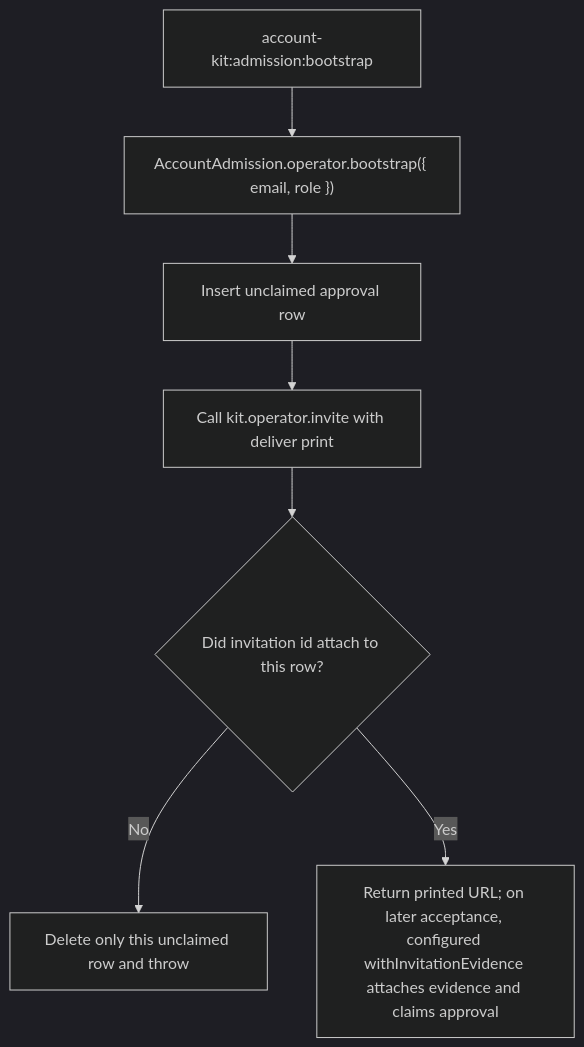
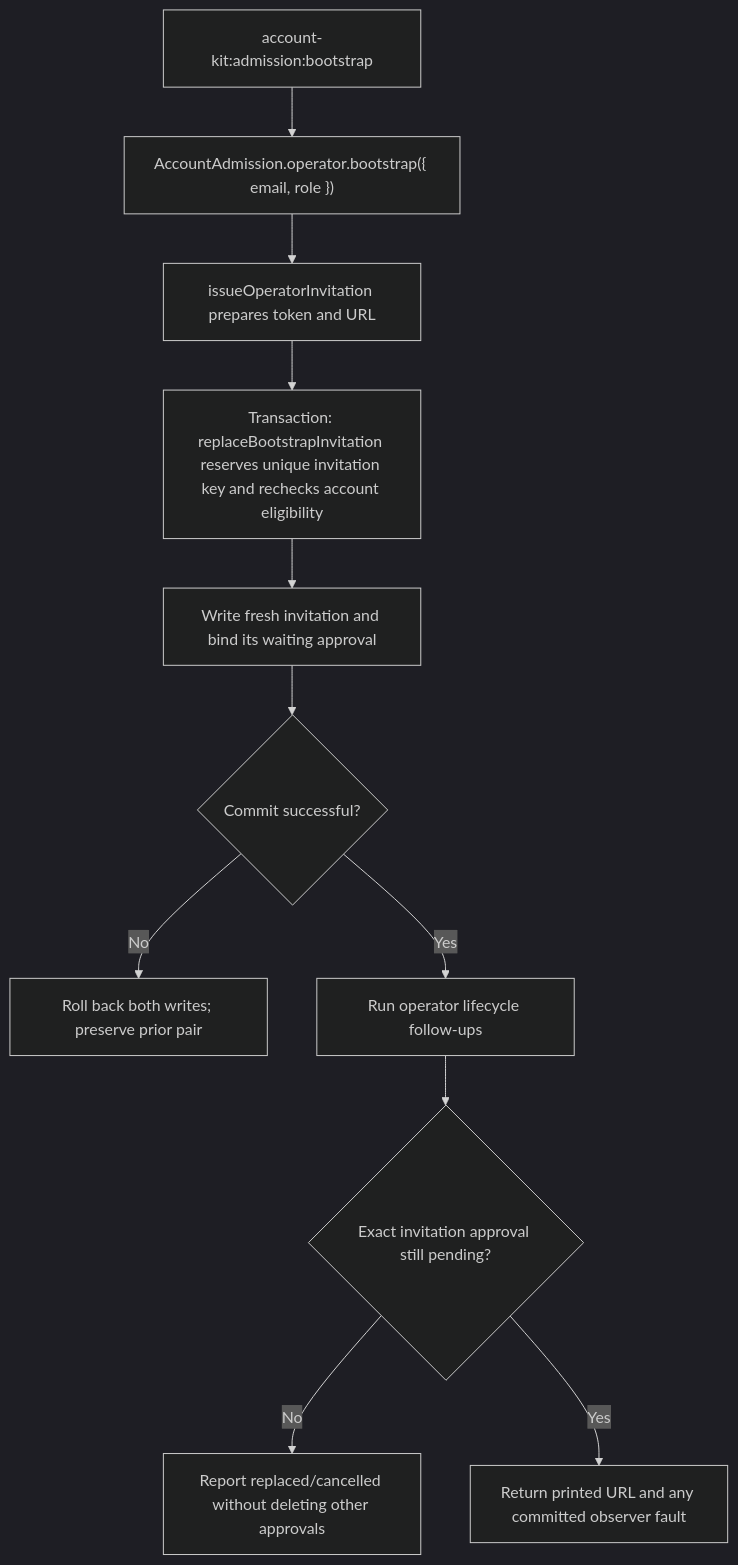
One commit to Kevinjohn/oss-adonisjs-account-kit changed the second of 2 diagrams in user-stories/US-ACCOUNT-46-bootstrap-first-administrator.md. Above: the diagram before and after it, drawn with Mermaid (dark theme). The commit also changed other lines of this file, not shown here.

Commit message:
Align administrator bootstrap story with atomic issuance

````diff
--- a/user-stories/US-ACCOUNT-46-bootstrap-first-administrator.md
+++ b/user-stories/US-ACCOUNT-46-bootstrap-first-administrator.md
@@ -33,9 +36,13 @@
 ```mermaid
 flowchart TD
  A["account-kit:admission:bootstrap"] --> B["AccountAdmission.operator.bootstrap({ email, role })"]
- B --> C["Insert unclaimed approval row"]
- C --> D["Call kit.operator.invite with deliver print"]
- D --> E{"Did invitation id attach to this row?"}
- E -->|No| F["Delete only this unclaimed row and throw"]
- E -->|Yes| G["Return printed URL; on later acceptance, configured withInvitationEvidence attaches evidence and claims approval"]
+ B --> C["issueOperatorInvitation prepares token and URL"]
+ C --> D["Transaction: replaceBootstrapInvitation reserves unique invitation key and rechecks account eligibility"]
+ D --> E["Write fresh invitation and bind its waiting approval"]
+ E --> F{"Commit successful?"}
+ F -->|No| G["Roll back both writes; preserve prior pair"]
+ F -->|Yes| H["Run operator lifecycle follow-ups"]
+ H --> I{"Exact invitation approval still pending?"}
+ I -->|No| J["Report replaced/cancelled without deleting other approvals"]
+ I -->|Yes| K["Return printed URL and any committed observer fault"]
 ```
````
